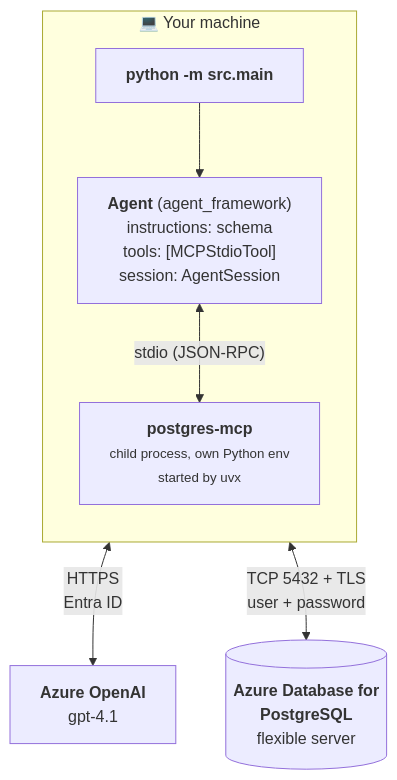
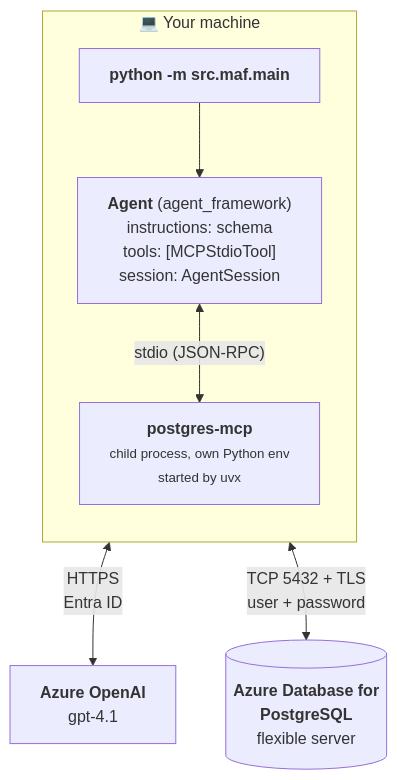
The first of 3 diagrams in docs/architecture.md (pedro-pauletti/msft-agent-framework-postgres), drawn with Mermaid before and after one commit. The commit also changed other lines of this file and 38 other files, not shown here.

````diff
--- a/docs/architecture.md
+++ b/docs/architecture.md
@@ -11,17 +11,17 @@
 ```mermaid
 flowchart TB
     subgraph local["💻 Your machine"]
         direction TB
-        CLI["<b>python -m src.main</b>"]
+        CLI["<b>python -m src.maf.main</b>"]
         Agent["<b>Agent</b> (agent_framework)<br/>instructions: schema<br/>tools: [MCPStdioTool]<br/>session: AgentSession"]
         MCPProc["<b>postgres-mcp</b><br/><small>child process, own Python env<br/>started by uvx</small>"]
         CLI --> Agent
         Agent <-->|"stdio (JSON-RPC)"| MCPProc
     end
 
     AOAI["<b>Azure OpenAI</b><br/>gpt-4.1"]
     DB[("<b>Azure Database for</b><br/><b>PostgreSQL</b><br/>flexible server")]
 
     Agent <-->|"HTTPS<br/>Entra ID"| AOAI
     MCPProc <-->|"TCP 5432 + TLS<br/>user + password"| DB
 ```
````
